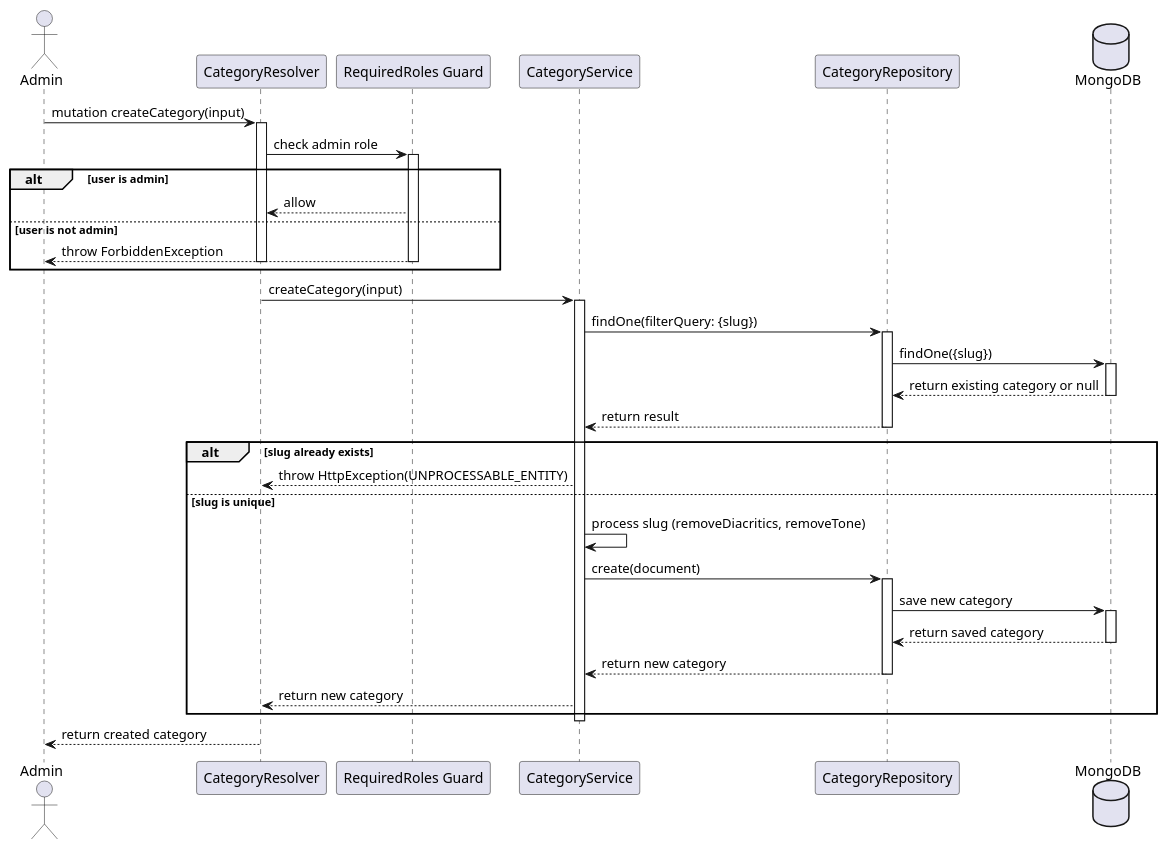
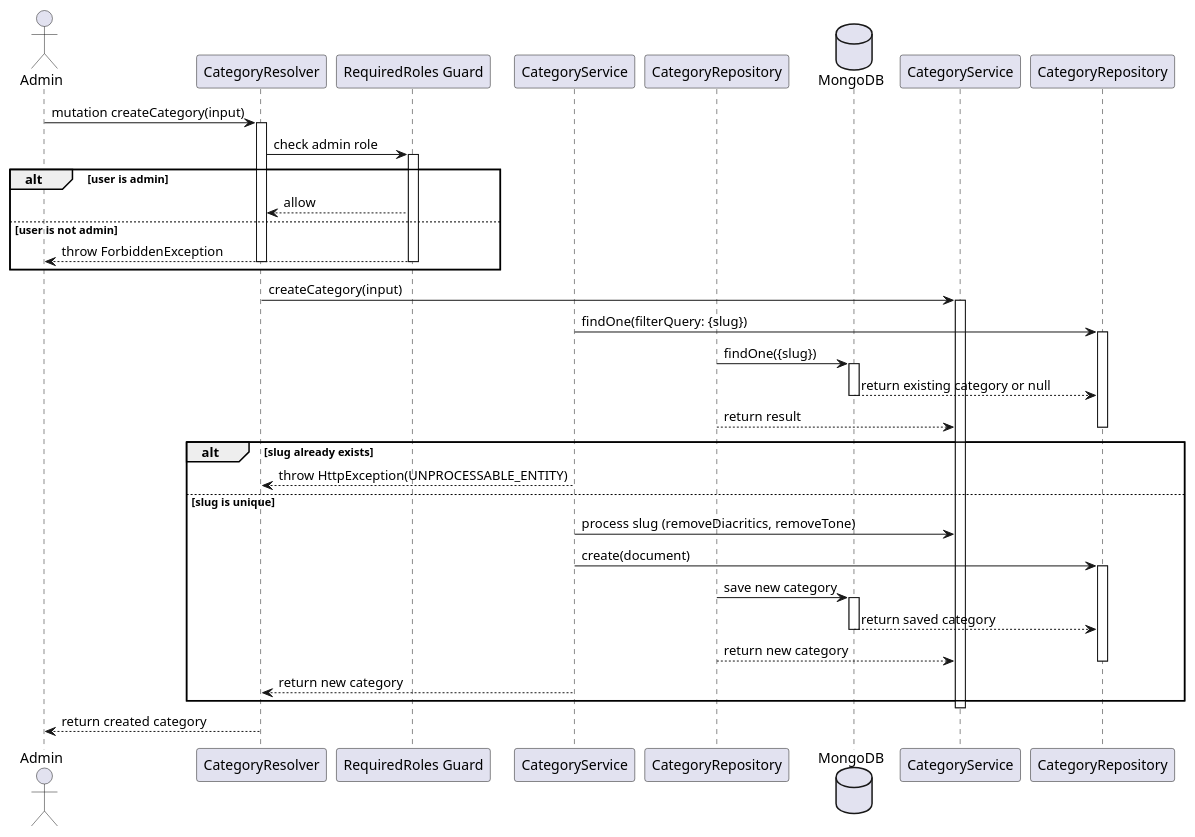
The diagram in documents/diagram/sequences/categories/category_create_category.puml (lehuygiang28/vphim), drawn with PlantUML before and after one commit. The commit also changed 43 other files, not shown here.

First line of the commit message:
refactor(diagrams): 🛠️ update sequence diagrams

```diff
--- a/documents/diagram/sequences/categories/category_create_category.puml
+++ b/documents/diagram/sequences/categories/category_create_category.puml
@@ -1,57 +1,57 @@
 @startuml Category - Create Category
 
 actor "Admin" as Client
 participant "CategoryResolver" as Resolver
 participant "RequiredRoles Guard" as Guard
 participant "CategoryService" as Service
 participant "CategoryRepository" as Repo
 database "MongoDB" as DB
 
 Client -> Resolver: mutation createCategory(input)
 activate Resolver
 
 Resolver -> Guard: check admin role
 activate Guard
 alt user is admin
     Guard --> Resolver: allow
 else user is not admin
     Guard --> Client: throw ForbiddenException
     deactivate Resolver
     deactivate Guard
 end
 deactivate Guard
 
-Resolver -> Service: createCategory(input)
-activate Service
+Resolver -> CategoryService: createCategory(input)
+activate CategoryService
 
-Service -> Repo: findOne(filterQuery: {slug})
-activate Repo
+Service -> CategoryRepository: findOne(filterQuery: {slug})
+activate CategoryRepository
 Repo -> DB: findOne({slug})
 activate DB
-DB --> Repo: return existing category or null
+DB --> CategoryRepository: return existing category or null
 deactivate DB
-Repo --> Service: return result
-deactivate Repo
+Repo --> CategoryService: return result
+deactivate CategoryRepository
 
 alt slug already exists
     Service --> Resolver: throw HttpException(UNPROCESSABLE_ENTITY)
 else slug is unique
-    Service -> Service: process slug (removeDiacritics, removeTone)
+    Service -> CategoryService: process slug (removeDiacritics, removeTone)
     
-    Service -> Repo: create(document)
-    activate Repo
+    Service -> CategoryRepository: create(document)
+    activate CategoryRepository
     Repo -> DB: save new category
     activate DB
-    DB --> Repo: return saved category
+    DB --> CategoryRepository: return saved category
     deactivate DB
-    Repo --> Service: return new category
-    deactivate Repo
+    Repo --> CategoryService: return new category
+    deactivate CategoryRepository
     
     Service --> Resolver: return new category
 end
 
-deactivate Service
+deactivate CategoryService
 Resolver --> Client: return created category
 deactivate Resolver
 
 @enduml 
```
